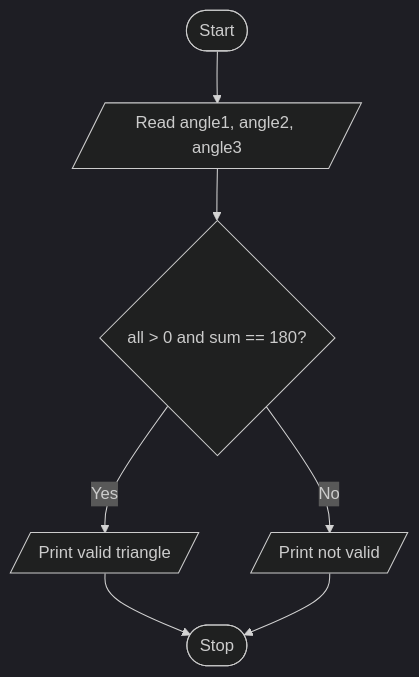
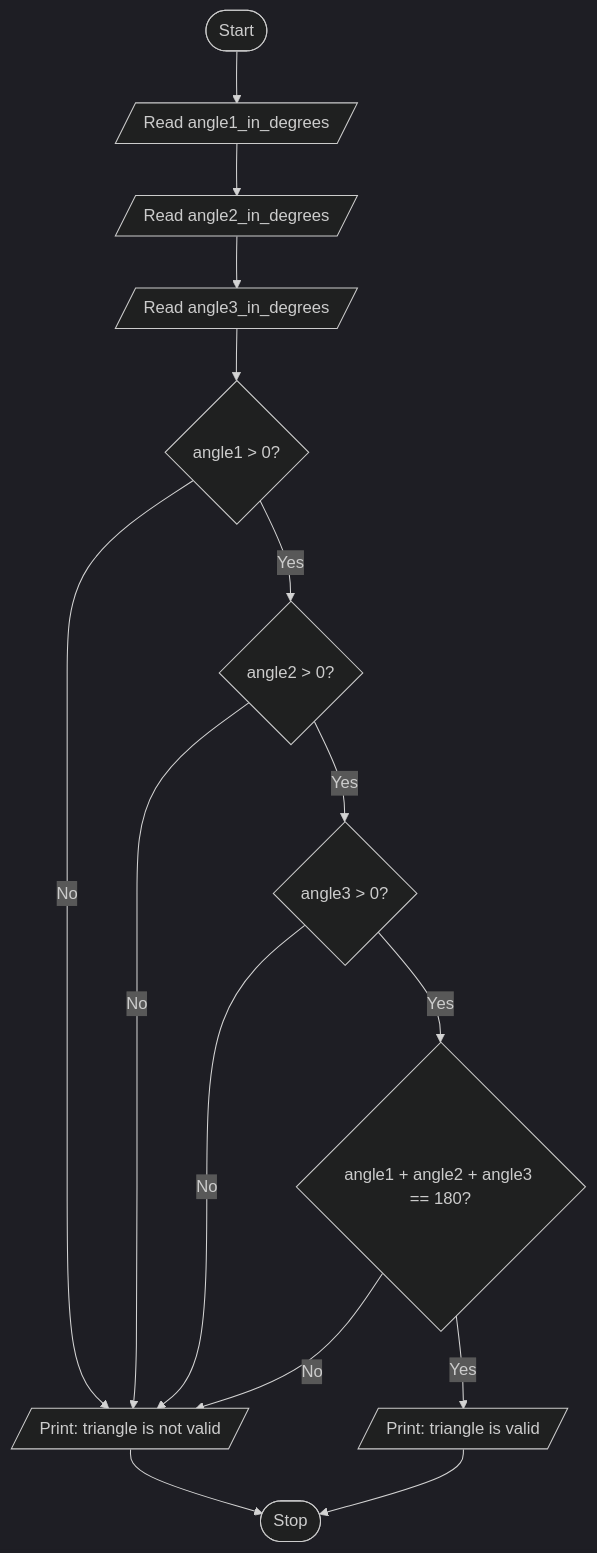
Before and after one commit to asvnphanindra/2026-27_PythonProgrammingCourse: the diagram in .faculty/observations/u2a1tri.md, drawn with Mermaid (dark theme). The commit also changed 20 other files, not shown here.

Commit message:
Expand Full-observation flowcharts with step-by-step Mermaid detail.

````diff
--- a/.faculty/observations/u2a1tri.md
+++ b/.faculty/observations/u2a1tri.md
@@ -55,15 +55,25 @@
 ```mermaid
 flowchart TD
-    S(["Start"])
-    A0[/"Read angle1, angle2, angle3"/]
-    D{"all > 0 and sum == 180?"}
-    Y0[/"Print valid triangle"/]
-    N0[/"Print not valid"/]
-    E(["Stop"])
-    S --> A0
-    A0 --> D
-    D -->|Yes| Y0
-    D -->|No| N0
-    Y0 --> E
-    N0 --> E
+Start(["Start"])
+R1[/"Read angle1_in_degrees"/]
+R2[/"Read angle2_in_degrees"/]
+R3[/"Read angle3_in_degrees"/]
+D1{"angle1 > 0?"}
+D2{"angle2 > 0?"}
+D3{"angle3 > 0?"}
+D4{"angle1 + angle2 + angle3 == 180?"}
+Y[/"Print: triangle is valid"/]
+N[/"Print: triangle is not valid"/]
+Stop(["Stop"])
+Start --> R1 --> R2 --> R3 --> D1
+D1 -->|No| N
+D1 -->|Yes| D2
+D2 -->|No| N
+D2 -->|Yes| D3
+D3 -->|No| N
+D3 -->|Yes| D4
+D4 -->|No| N
+D4 -->|Yes| Y
+Y --> Stop
+N --> Stop
 ```
````
